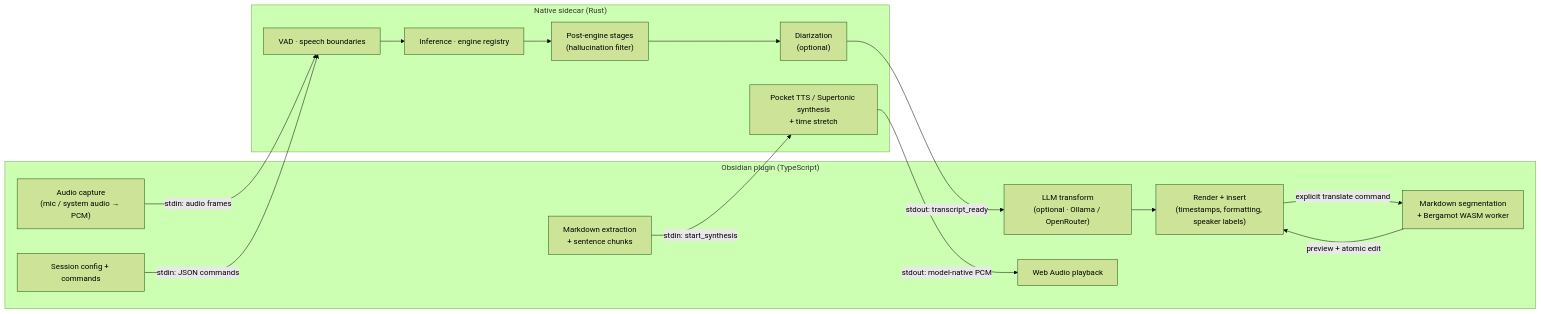
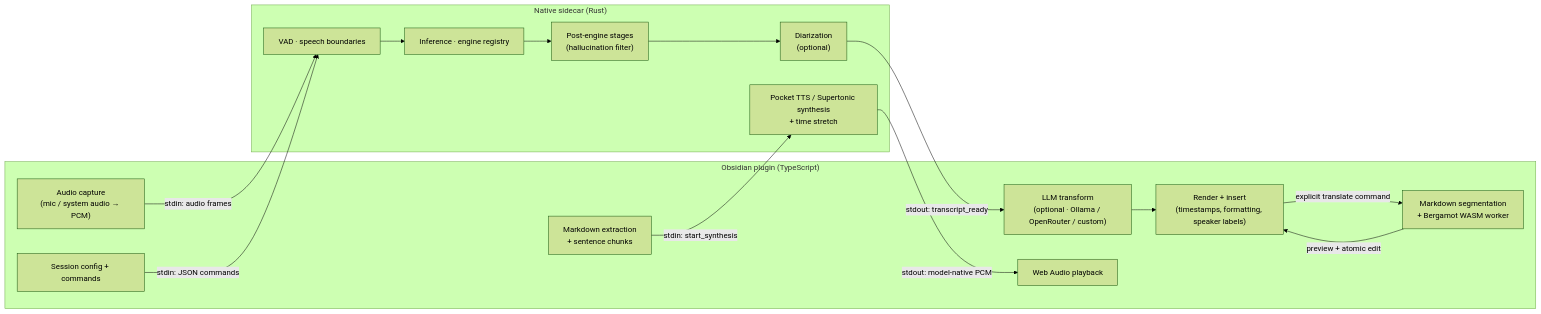
One commit to brittain9/local-dictation-obsidian-plugin changed the first of 6 diagrams in docs/system-architecture.md. Above: the diagram before and after it, drawn with Mermaid (forest theme). The commit also changed other lines of this file and 1 other file, not shown here.

Commit message:
docs(llm): document provider routing behavior

````diff
--- a/docs/system-architecture.md
+++ b/docs/system-architecture.md
@@ -17,28 +17,28 @@
 ```mermaid
 flowchart LR
     subgraph Plugin ["Obsidian plugin (TypeScript)"]
         CAP["Audio capture<br/>(mic / system audio → PCM)"]
         CFG["Session config + commands"]
-        LLM["LLM transform<br/>(optional · Ollama / OpenRouter)"]
+        LLM["LLM transform<br/>(optional · Ollama / OpenRouter / custom)"]
         REND["Render + insert<br/>(timestamps, formatting, speaker labels)"]
         TEXT["Markdown extraction<br/>+ sentence chunks"]
         MT["Markdown segmentation<br/>+ Bergamot WASM worker"]
         PLAY["Web Audio playback"]
     end
 
     subgraph Sidecar ["Native sidecar (Rust)"]
         VAD["VAD · speech boundaries"]
         INF["Inference · engine registry"]
         STAGE["Post-engine stages<br/>(hallucination filter)"]
         DIA["Diarization<br/>(optional)"]
         SYNTH["Pocket TTS / Supertonic synthesis<br/>+ time stretch"]
         VAD --> INF --> STAGE --> DIA
     end
 
     CAP -->|"stdin: audio frames"| VAD
     CFG -->|"stdin: JSON commands"| VAD
     DIA -->|"stdout: transcript_ready"| LLM --> REND
     TEXT -->|"stdin: start_synthesis"| SYNTH
     SYNTH -->|"stdout: model-native PCM"| PLAY
     REND -->|"explicit translate command"| MT -->|"preview + atomic edit"| REND
 ```
````
